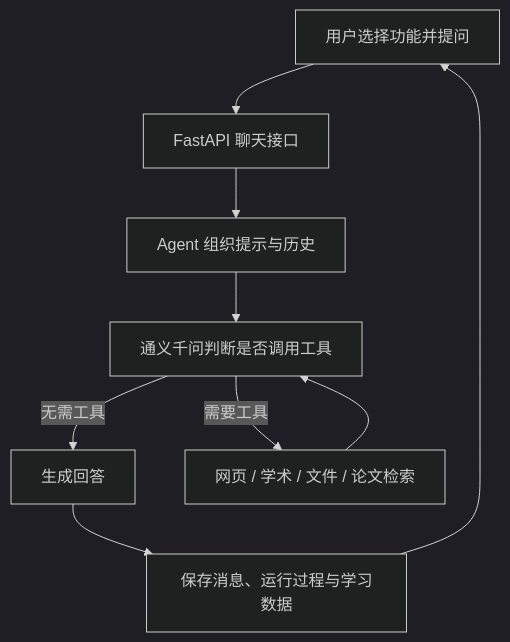
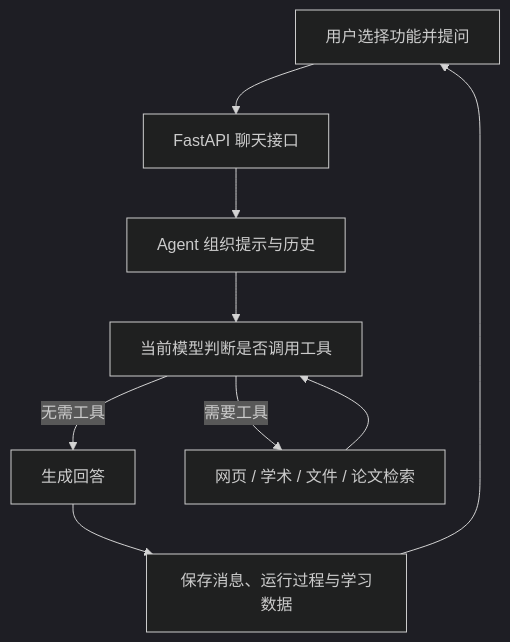
The diagram in README.md (cxh-1011/Zhiwei-workspace), drawn with Mermaid (dark theme) before and after one commit. The commit also changed other lines of this file and 1 other file, not shown here.

````diff
--- a/README.md
+++ b/README.md
@@ -23,11 +27,11 @@
 ```mermaid
 flowchart TD
     U[用户选择功能并提问] --> F[FastAPI 聊天接口]
     F --> A[Agent 组织提示与历史]
-    A --> M[通义千问判断是否调用工具]
+    A --> M[当前模型判断是否调用工具]
     M -->|无需工具| R[生成回答]
     M -->|需要工具| T[网页 / 学术 / 文件 / 论文检索]
     T --> M
     R --> DB[保存消息、运行过程与学习数据]
     DB --> U
 ```
````
